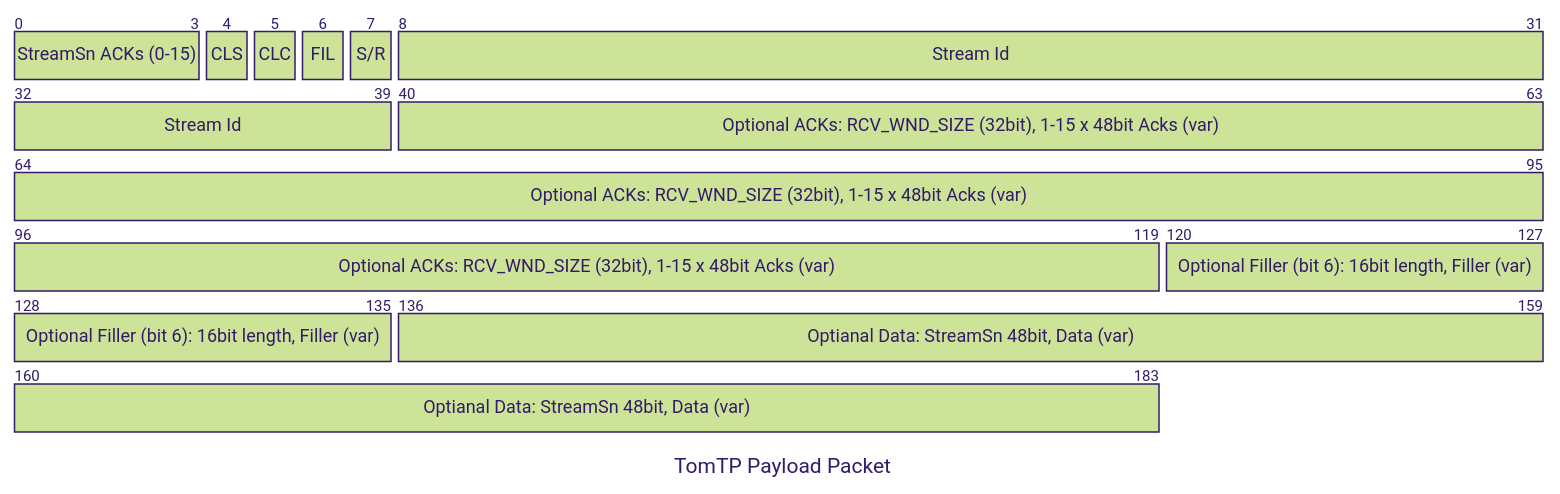
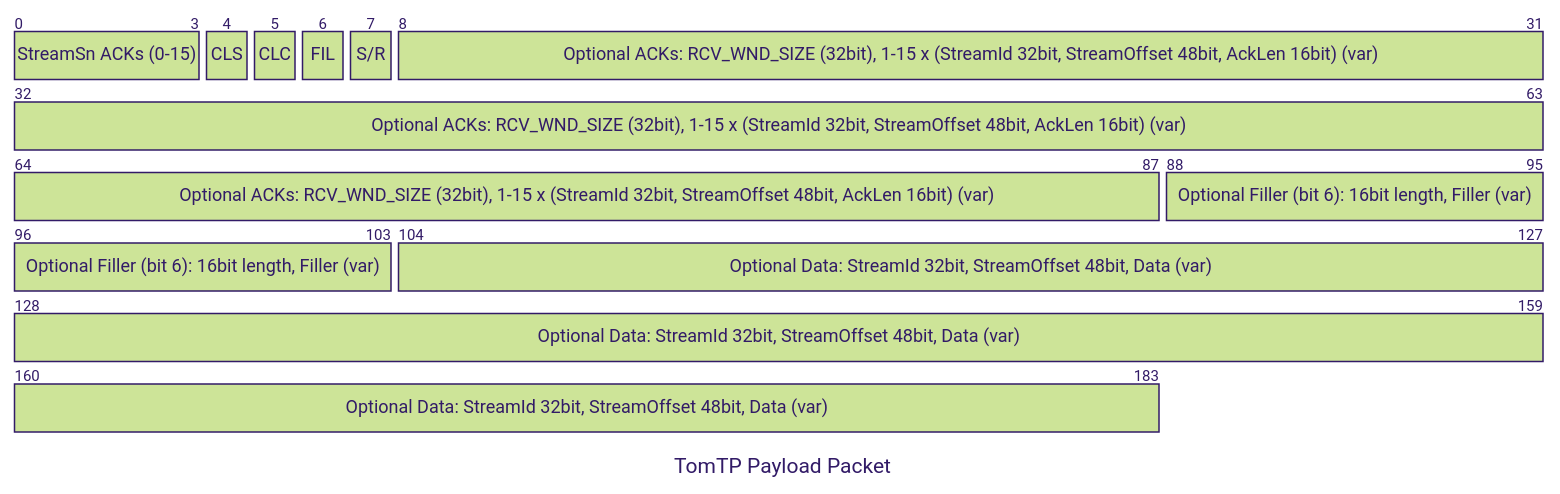
The fourth of 5 diagrams in Readme.md (tbocek/tomtp), drawn with Mermaid (forest theme) before and after one commit. The commit also changed 18 other files, not shown here.

````diff
--- a/Readme.md
+++ b/Readme.md
@@ -161,15 +161,14 @@
 ```mermaid
 ---
 title: "TomTP Payload Packet"
 ---
 packet-beta
-  0-3: "StreamSn ACKs (0-15)"
-  4: "CLS"
-  5: "CLC"
-  6: "FIL"
-  7: "S/R"
-  8-39: "Stream Id"
-  40-119: "Optional ACKs: RCV_WND_SIZE (32bit), 1-15 x 48bit Acks (var)"
-  120-135: "Optional Filler (bit 6): 16bit length, Filler (var)"
-  136-183: "Optianal Data: StreamSn 48bit, Data (var)"
+0-3: "StreamSn ACKs (0-15)"
+4: "CLS"
+5: "CLC"
+6: "FIL"
+7: "S/R"
+8-87: "Optional ACKs: RCV_WND_SIZE (32bit), 1-15 x (StreamId 32bit, StreamOffset 48bit, AckLen 16bit) (var)"
+88-103: "Optional Filler (bit 6): 16bit length, Filler (var)"
+104-183: "Optional Data: StreamId 32bit, StreamOffset 48bit, Data (var)"
 ```
````
